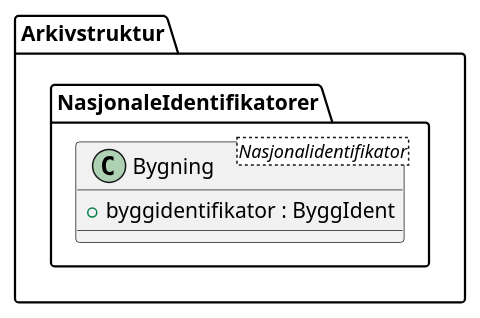
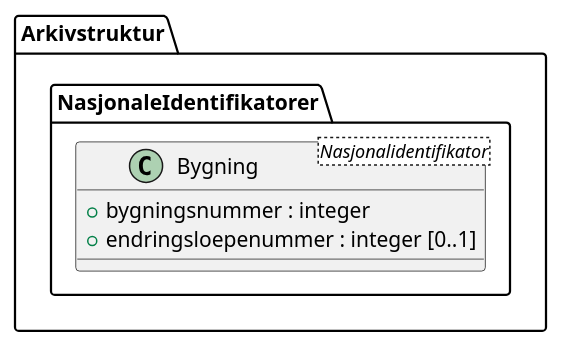
Before and after one commit to arkivverket/noark5-tjenestegrensesnitt-standard: the diagram in kapitler/media/uml-class-bygning.iuml, drawn with PlantUML. The commit also changed 14 other files, not shown here.

```diff
--- a/kapitler/media/uml-class-bygning.iuml
+++ b/kapitler/media/uml-class-bygning.iuml
@@ -1,5 +1,6 @@
 @startuml
 class Arkivstruktur.NasjonaleIdentifikatorer.Bygning <Nasjonalidentifikator> {
-  +byggidentifikator : ByggIdent
+  +bygningsnummer : integer
+  +endringsloepenummer : integer [0..1]
 }
 @enduml
```
